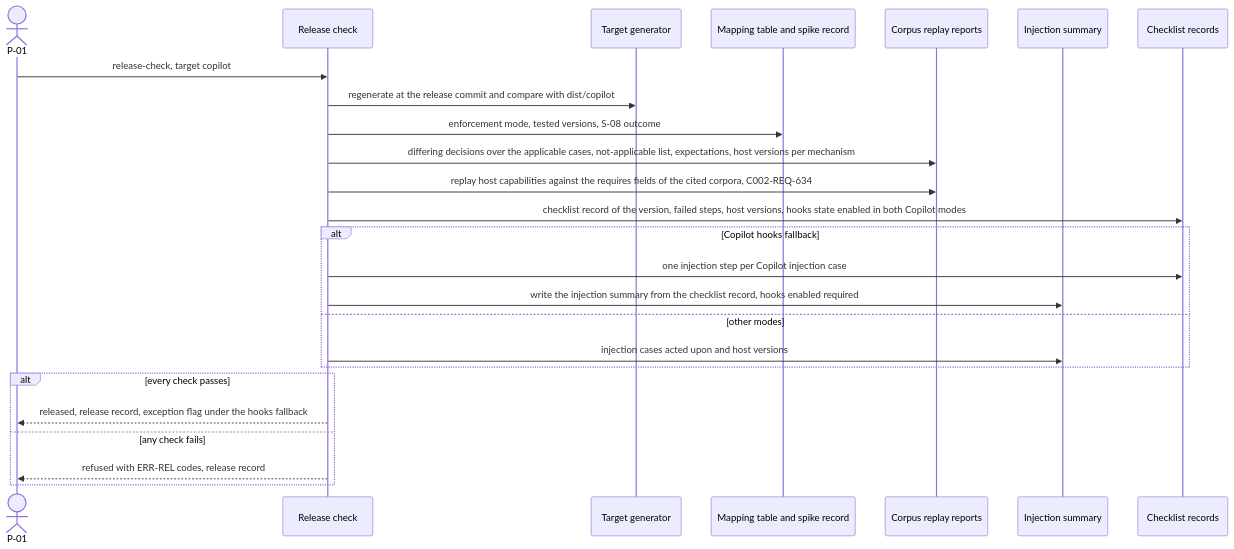
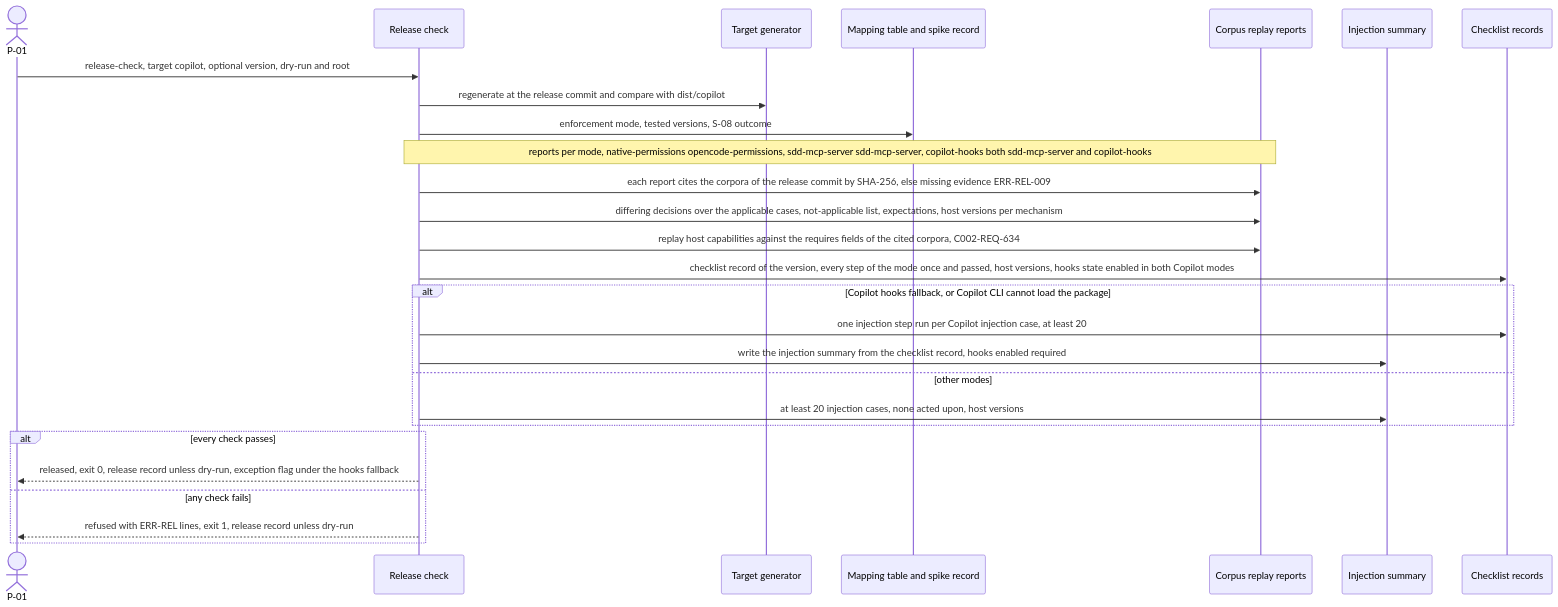
One commit to jlacube/spec-architect changed the tenth of 15 diagrams in .sdd/002-multi-platform-targets/10-spec/60-architecture/architecture.md. Above: the diagram before and after it, drawn with Mermaid. The commit also changed other lines of this file and 7 other files, not shown here.

````diff
--- a/.sdd/002-multi-platform-targets/10-spec/60-architecture/architecture.md
+++ b/.sdd/002-multi-platform-targets/10-spec/60-architecture/architecture.md
@@ -752,28 +761,30 @@
 ```mermaid
 sequenceDiagram
   %% F9 release check. Realizes C002-TS-620 C002-TS-621 C002-TS-622 C002-TS-623 C002-TS-624 C002-TS-625 C002-TS-633
   actor P01 as P-01
   participant C002_COMP_010 as Release check
   participant C002_COMP_001 as Target generator
   participant C002_COMP_002 as Mapping table and spike record
   participant C002_COMP_008 as Corpus replay reports
   participant C002_COMP_009 as Injection summary
   participant C002_COMP_011 as Checklist records
-  P01->>C002_COMP_010: release-check, target copilot
+  P01->>C002_COMP_010: release-check, target copilot, optional version, dry-run and root
   C002_COMP_010->>C002_COMP_001: regenerate at the release commit and compare with dist/copilot
   C002_COMP_010->>C002_COMP_002: enforcement mode, tested versions, S-08 outcome
+  Note over C002_COMP_010,C002_COMP_008: reports per mode, native-permissions opencode-permissions, sdd-mcp-server sdd-mcp-server, copilot-hooks both sdd-mcp-server and copilot-hooks
+  C002_COMP_010->>C002_COMP_008: each report cites the corpora of the release commit by SHA-256, else missing evidence ERR-REL-009
   C002_COMP_010->>C002_COMP_008: differing decisions over the applicable cases, not-applicable list, expectations, host versions per mechanism
   C002_COMP_010->>C002_COMP_008: replay host capabilities against the requires fields of the cited corpora, C002-REQ-634
-  C002_COMP_010->>C002_COMP_011: checklist record of the version, failed steps, host versions, hooks state enabled in both Copilot modes
-  alt Copilot hooks fallback
-    C002_COMP_010->>C002_COMP_011: one injection step per Copilot injection case
+  C002_COMP_010->>C002_COMP_011: checklist record of the version, every step of the mode once and passed, host versions, hooks state enabled in both Copilot modes
+  alt Copilot hooks fallback, or Copilot CLI cannot load the package
+    C002_COMP_010->>C002_COMP_011: one injection step run per Copilot injection case, at least 20
     C002_COMP_010->>C002_COMP_009: write the injection summary from the checklist record, hooks enabled required
   else other modes
-    C002_COMP_010->>C002_COMP_009: injection cases acted upon and host versions
+    C002_COMP_010->>C002_COMP_009: at least 20 injection cases, none acted upon, host versions
   end
   alt every check passes
-    C002_COMP_010-->>P01: released, release record, exception flag under the hooks fallback
+    C002_COMP_010-->>P01: released, exit 0, release record unless dry-run, exception flag under the hooks fallback
   else any check fails
-    C002_COMP_010-->>P01: refused with ERR-REL codes, release record
+    C002_COMP_010-->>P01: refused with ERR-REL lines, exit 1, release record unless dry-run
   end
 ```
````
